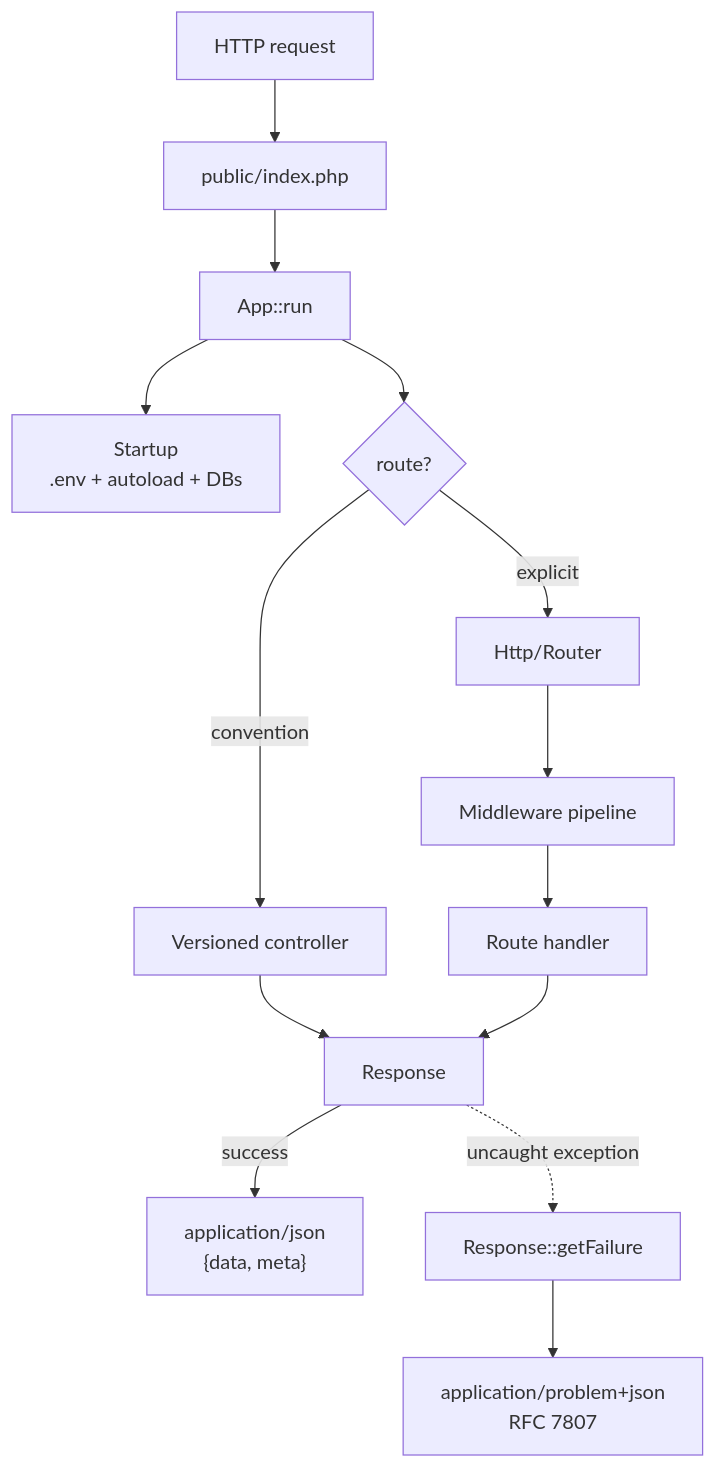
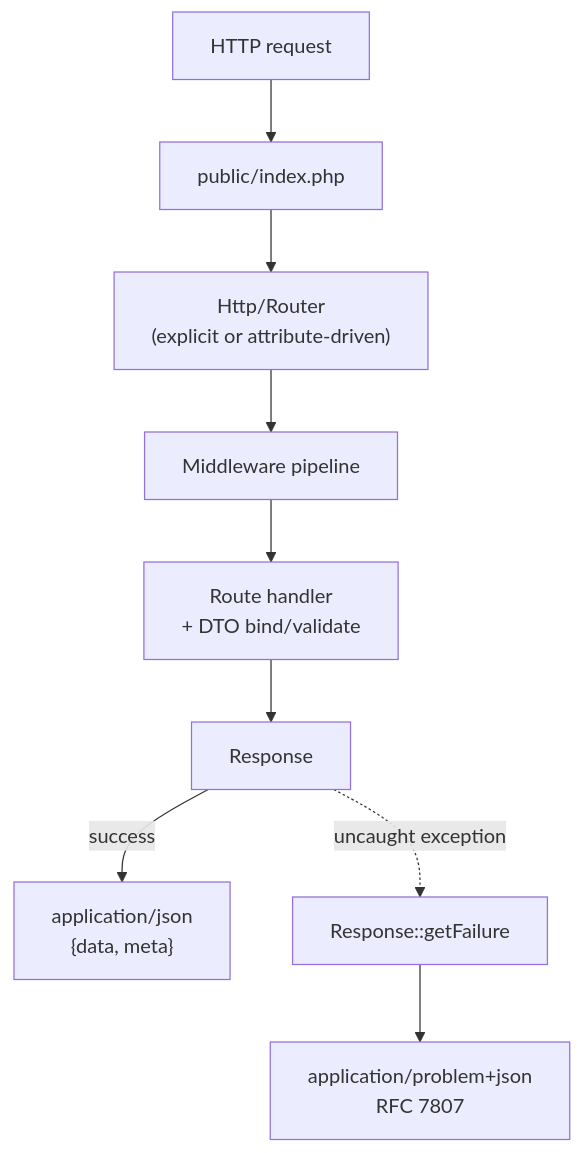
The diagram in README.md (davidwyly/rxn), drawn with Mermaid before and after one commit. The commit also changed other lines of this file and 5 other files, not shown here.

````diff
--- a/README.md
+++ b/README.md
@@ -30,16 +30,11 @@
 ```mermaid
 flowchart TB
     Req["HTTP request"] --> Index["public/index.php"]
-    Index --> App["App::run"]
-    App --> Boot["Startup<br/>.env + autoload + DBs"]
-    App --> Dispatch{"route?"}
-    Dispatch -->|convention| ConvCtrl["Versioned controller"]
-    Dispatch -->|explicit| Router["Http/Router"]
+    Index --> Router["Http/Router<br/>(explicit or attribute-driven)"]
     Router --> Pipeline["Middleware pipeline"]
-    Pipeline --> ExplCtrl["Route handler"]
-    ConvCtrl --> Resp["Response"]
-    ExplCtrl --> Resp
+    Pipeline --> Handler["Route handler<br/>+ DTO bind/validate"]
+    Handler --> Resp["Response"]
     Resp -->|success| OK["application/json<br/>{data, meta}"]
     Resp -. uncaught exception .-> Fail["Response::getFailure"]
     Fail --> PD["application/problem+json<br/>RFC 7807"]
 ```
````
